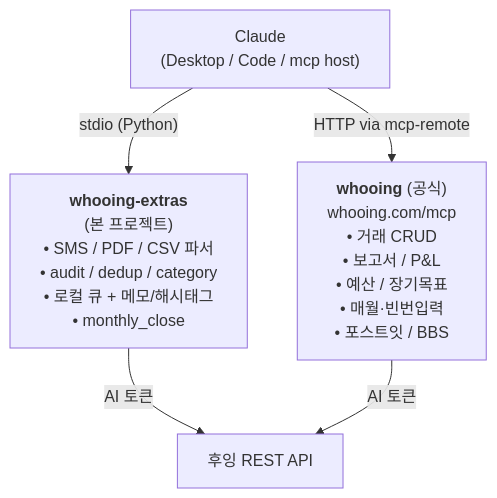
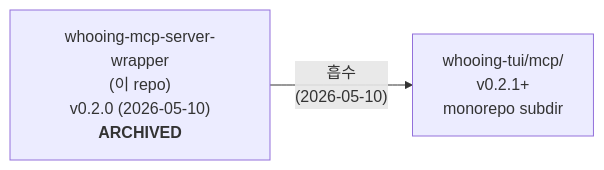
The diagram in README.md (neoocean/whooing-mcp-server), drawn with Mermaid before and after one commit. The commit also changed other lines of this file and 90 other files, not shown here.

First line of the commit message:
ARCHIVE — moved into whooing-tui monorepo as mcp/

````diff
--- a/README.md
+++ b/README.md
@@ -8,10 +9,6 @@
 ```mermaid
-flowchart TB
-    Claude["Claude<br/>(Desktop / Code / mcp host)"]
-
-    Claude -- "stdio (Python)" --> Wrapper["<b>whooing-extras</b><br/>(본 프로젝트)<br/>• SMS / PDF / CSV 파서<br/>• audit / dedup / category<br/>• 로컬 큐 + 메모/해시태그<br/>• monthly_close"]
-    Claude -- "HTTP via mcp-remote" --> Official["<b>whooing</b> (공식)<br/>whooing.com/mcp<br/>• 거래 CRUD<br/>• 보고서 / P&L<br/>• 예산 / 장기목표<br/>• 매월·빈번입력<br/>• 포스트잇 / BBS"]
-
-    Wrapper -- "AI 토큰" --> API["후잉 REST API"]
-    Official -- "AI 토큰" --> API
+flowchart LR
+    Old["whooing-mcp-server-wrapper<br/>(이 repo)<br/>v0.2.0 (2026-05-10)<br/><b>ARCHIVED</b>"]
+    New["whooing-tui/mcp/<br/>v0.2.1+<br/>monorepo subdir"]
+    Old -- "흡수<br/>(2026-05-10)" --> New
 ```
````
